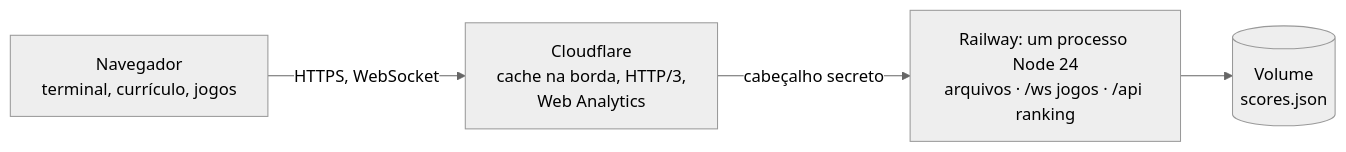
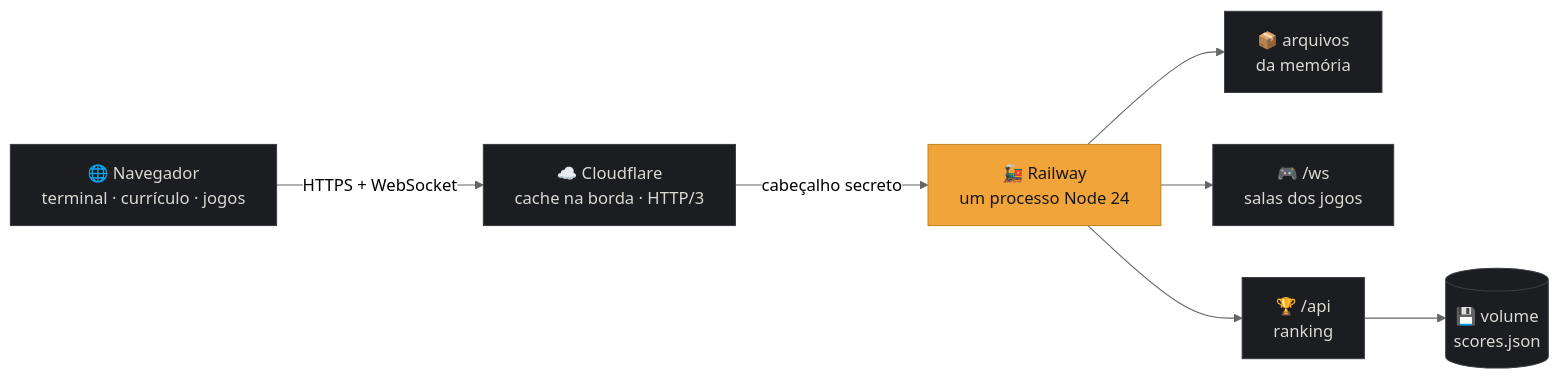
The diagram in README.pt-BR.md (pedrohqesilva/phas.dev), drawn with Mermaid (neutral theme) before and after one commit. The commit also changed other lines of this file and 18 other files, not shown here.

Commit message:
README redesenhado: banner, selos, destaques, telas dos jogos e temas; vídeo mais cadenciado

````diff
--- a/README.pt-BR.md
+++ b/README.pt-BR.md
@@ -52,6 +122,14 @@
 ```mermaid
 flowchart LR
-  B["Navegador<br/>terminal, currículo, jogos"] -->|HTTPS, WebSocket| CF["Cloudflare<br/>cache na borda, HTTP/3,<br/>Web Analytics"]
-  CF -->|cabeçalho secreto| R["Railway: um processo Node 24<br/>arquivos · /ws jogos · /api ranking"]
-  R --> V[("Volume<br/>scores.json")]
+  B["🌐 Navegador<br/>terminal · currículo · jogos"] -->|HTTPS + WebSocket| CF["☁️ Cloudflare<br/>cache na borda · HTTP/3"]
+  CF -->|cabeçalho secreto| R["🚂 Railway<br/>um processo Node 24"]
+  R --> S["📦 arquivos<br/>da memória"]
+  R --> W["🎮 /ws<br/>salas dos jogos"]
+  R --> A["🏆 /api<br/>ranking"]
+  A --> V[("💾 volume<br/>scores.json")]
+
+  classDef accent fill:#f0a43a,stroke:#c7841f,color:#15171a
+  classDef dark fill:#1b1d21,stroke:#3a3d42,color:#dcd9d2
+  class R accent
+  class B,CF,S,W,A,V dark
 ```
````
